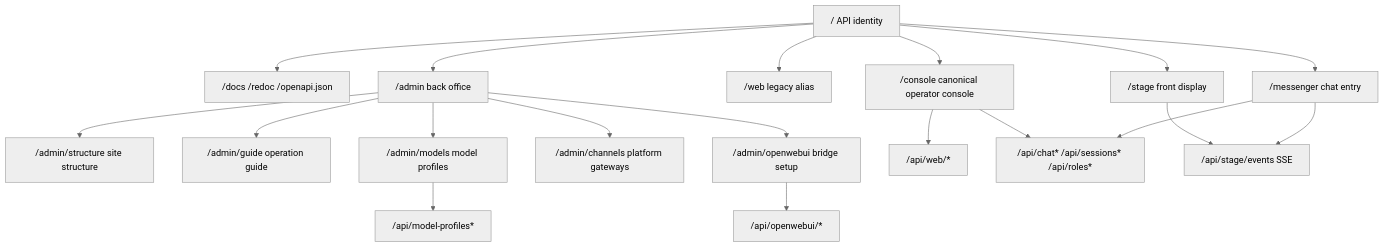
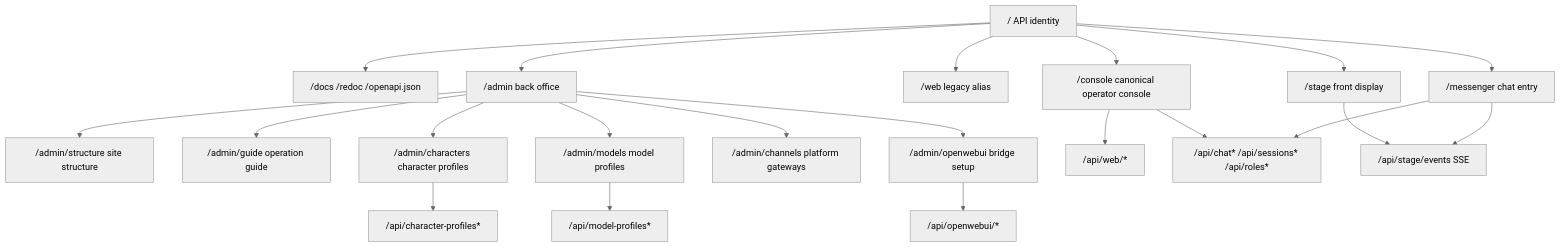
Before and after one commit to moegundam/echobot-web-mobile: the first of 2 diagrams in docs/implementation/echobot-web-site-structure.md, drawn with Mermaid (neutral theme). The commit also changed other lines of this file and 21 other files, not shown here.

````diff
--- a/docs/implementation/echobot-web-site-structure.md
+++ b/docs/implementation/echobot-web-site-structure.md
@@ -61,23 +63,25 @@
 ```mermaid
 flowchart TD
     Root["/ API identity"] --> Docs["/docs /redoc /openapi.json"]
     Root --> Console["/console canonical operator console"]
     Root --> WebAlias["/web legacy alias"]
     Root --> Stage["/stage front display"]
     Root --> Messenger["/messenger chat entry"]
     Root --> Admin["/admin back office"]
 
     Admin --> Structure["/admin/structure site structure"]
     Admin --> Guide["/admin/guide operation guide"]
+    Admin --> Characters["/admin/characters character profiles"]
     Admin --> Models["/admin/models model profiles"]
     Admin --> Channels["/admin/channels platform gateways"]
     Admin --> OpenWebUI["/admin/openwebui bridge setup"]
 
     Console --> WebAPI["/api/web/*"]
     Console --> ChatAPI["/api/chat* /api/sessions* /api/roles*"]
     Stage --> StageAPI["/api/stage/events SSE"]
     Messenger --> ChatAPI
     Messenger --> StageAPI
+    Characters --> CharacterAPI["/api/character-profiles*"]
     Models --> ModelAPI["/api/model-profiles*"]
     OpenWebUI --> BridgeAPI["/api/openwebui/*"]
 ```
````
